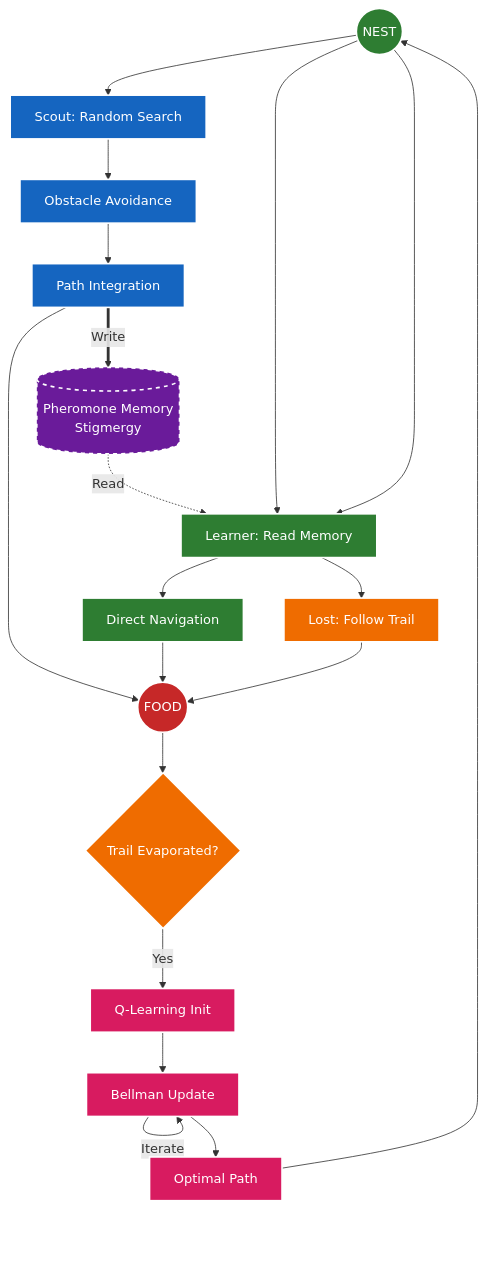
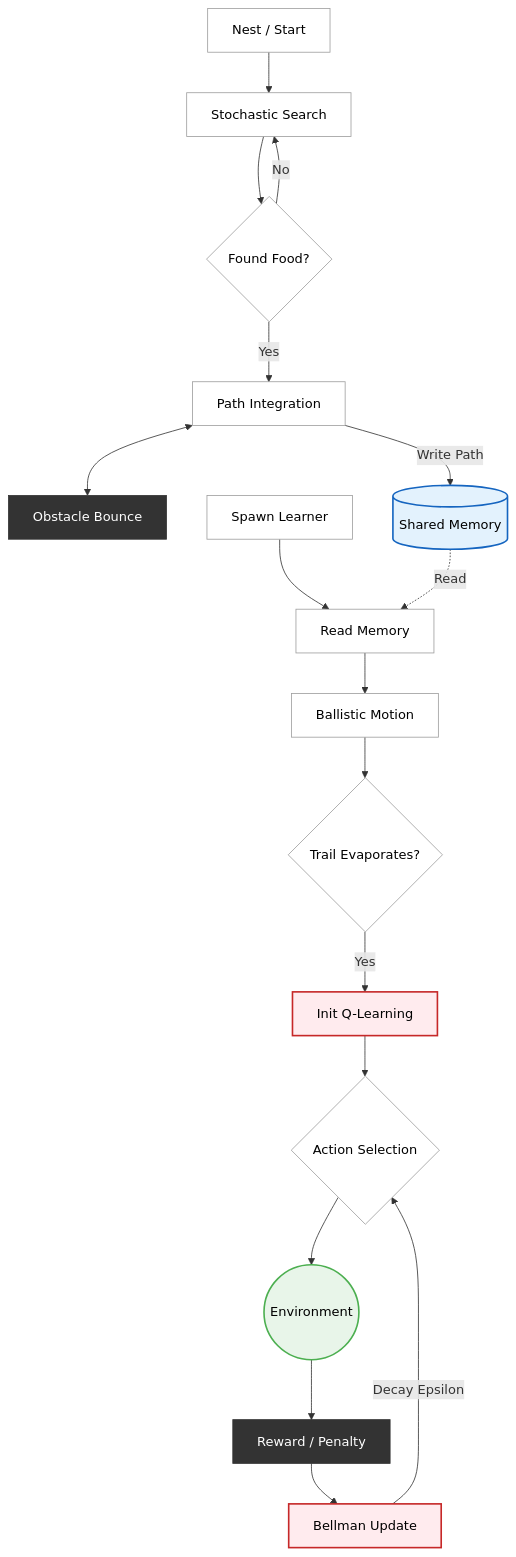
Before and after one commit to sriram2125/Bio-Inspired-Navigation-RL-in-Multi-Agent-Systems: the diagram in README.md, drawn with Mermaid.

````diff
--- a/README.md
+++ b/README.md
@@ -49,56 +49,69 @@
 ```mermaid
-graph TB
+
+
+
+
+graph TD
     %% --- STYLING ---
-    classDef nest fill:#2e7d32,stroke:#fff,stroke-width:2px,color:#fff;
-    classDef food fill:#c62828,stroke:#fff,stroke-width:2px,color:#fff;
-    classDef scout fill:#1565c0,stroke:#fff,stroke-width:2px,color:#fff;
-    classDef memory fill:#6a1b9a,stroke:#fff,stroke-width:2px,stroke-dasharray: 5 5,color:#fff;
-    classDef learner fill:#2e7d32,stroke:#fff,stroke-width:2px,color:#fff;
-    classDef lost fill:#ef6c00,stroke:#fff,stroke-width:2px,color:#fff;
-    classDef rl fill:#d81b60,stroke:#fff,stroke-width:2px,color:#fff;
+    classDef whiteRect fill:#ffffff,stroke:#9e9e9e,stroke-width:1px,color:#000;
+    classDef diamondNode fill:#ffffff,stroke:#9e9e9e,stroke-width:1px,color:#000;
+    classDef greenCircle fill:#e8f5e9,stroke:#4caf50,stroke-width:2px,color:#000;
+    classDef darkRect fill:#333333,stroke:#333,stroke-width:1px,color:#fff;
+    classDef pinkRect fill:#ffebee,stroke:#c62828,stroke-width:2px,color:#000;
+    classDef blueCyl fill:#e3f2fd,stroke:#1565c0,stroke-width:2px,color:#000;
+
+    %% --- PHASE 1: SCOUT ---
+    Start1[Nest / Start]:::whiteRect
+    Search[Stochastic Search]:::whiteRect
+    Food1{Found Food?}:::diamondNode
+    Return[Path Integration]:::whiteRect
+    Bounce[Obstacle Bounce]:::darkRect
     
-    %% --- NODES ---
-    Nest((NEST)):::nest
-    Food((FOOD)):::food
-    
-    %% PHASE 1
-    S1[Scout: Random Search]:::scout
-    S2[Obstacle Avoidance]:::scout
-    S3[Path Integration]:::scout
-    
-    %% MEMORY
-    Mem[(Pheromone Memory<br/>Stigmergy)]:::memory
-    
-    %% PHASE 2
-    L1[Learner: Read Memory]:::learner
-    L2[Direct Navigation]:::learner
-    
-    %% PHASE 3
-    Lost1[Lost: Follow Trail]:::lost
-    Lost2{Trail Evaporated?}:::lost
-    RL1[Q-Learning Init]:::rl
-    RL2[Bellman Update]:::rl
-    RL3[Optimal Path]:::rl
-    
+    %% --- MEMORY ---
+    Mem[(Shared Memory)]:::blueCyl
+
+    %% --- PHASE 2: LEARNER ---
+    Start2[Spawn Learner]:::whiteRect
+    Stigmergy[Read Memory]:::whiteRect
+    Ballistic[Ballistic Motion]:::whiteRect
+
+    %% --- PHASE 3: RL ---
+    Crisis{Trail Evaporates?}:::diamondNode
+    InitRL[Init Q-Learning]:::pinkRect
+    Action{Action Selection}:::diamondNode
+    Env((Environment)):::greenCircle
+    Reward[Reward / Penalty]:::darkRect
+    Update[Bellman Update]:::pinkRect
+
     %% --- CONNECTIONS ---
-    Nest --> S1
-    S1 --> S2
-    S2 --> S3
-    S3 --> Food
-    S3 ==>|Write| Mem
-    
-    Nest --> L1
-    Mem -.->|Read| L1
-    L1 --> L2
-    L2 --> Food
-    
-    Nest --> L1
-    L1 --> Lost1
-    Lost1 --> Food
-    Food --> Lost2
-    Lost2 -->|Yes| RL1
-    RL1 --> RL2
-    RL2 -->|Iterate| RL2
-    RL2 --> RL3
-    RL3 --> Nest
+    Start1 --> Search
+    Search --> Food1
+    Food1 -->|No| Search
+    Food1 -->|Yes| Return
+    Return <--> Bounce
+    Return -->|Write Path| Mem
+
+    Start2 --> Stigmergy
+    Mem -.->|Read| Stigmergy
+    Stigmergy --> Ballistic
+    Ballistic --> Crisis
+
+    Crisis -->|Yes| InitRL
+    InitRL --> Action
+    Action --> Env
+    Env --> Reward
+    Reward --> Update
+    Update -->|Decay Epsilon| Action
+
+
+
+
+
+
+
+
+
+
+
+
 ```
````
